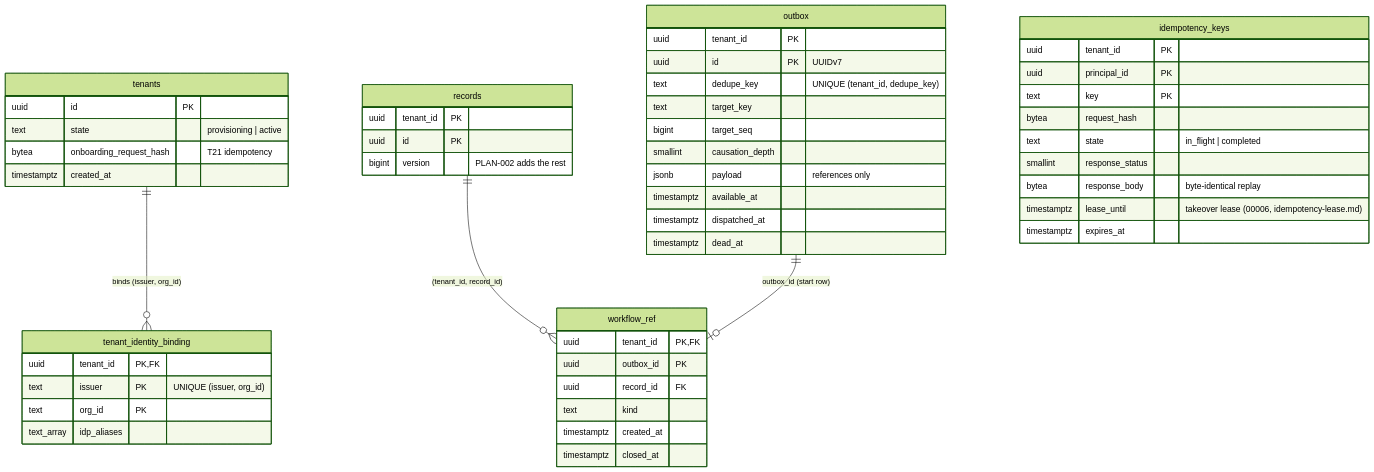
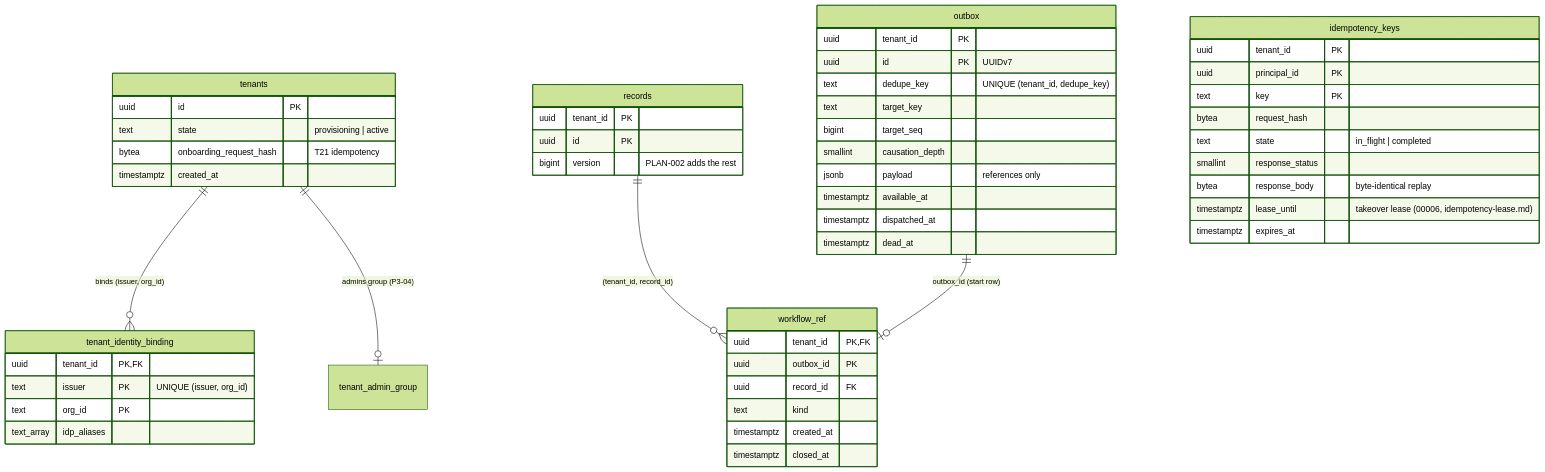
The diagram in docs/data/platform-tables.md (Navaladi2019/TicketingSystem), drawn with Mermaid (forest theme) before and after one commit. The commit also changed other lines of this file and 18 other files, not shown here.

Commit message:
P3-04: tenant_admin_group, onboarding records admins group, authz.RequireTenantAdmin(Tx)

````diff
--- a/docs/data/platform-tables.md
+++ b/docs/data/platform-tables.md
@@ -9,55 +9,56 @@
 ```mermaid
 erDiagram
     tenants ||--o{ tenant_identity_binding : "binds (issuer, org_id)"
+    tenants ||--o| tenant_admin_group : "admins group (P3-04)"
     records ||--o{ workflow_ref : "(tenant_id, record_id)"
     outbox ||--o| workflow_ref : "outbox_id (start row)"
 
     tenants {
         uuid id PK
         text state "provisioning | active"
         bytea onboarding_request_hash "T21 idempotency"
         timestamptz created_at
     }
     tenant_identity_binding {
         uuid tenant_id PK,FK
         text issuer PK "UNIQUE (issuer, org_id)"
         text org_id PK
         text_array idp_aliases
     }
     records {
         uuid tenant_id PK
         uuid id PK
         bigint version "PLAN-002 adds the rest"
     }
     outbox {
         uuid tenant_id PK
         uuid id PK "UUIDv7"
         text dedupe_key "UNIQUE (tenant_id, dedupe_key)"
         text target_key
         bigint target_seq
         smallint causation_depth
         jsonb payload "references only"
         timestamptz available_at
         timestamptz dispatched_at
         timestamptz dead_at
     }
     workflow_ref {
         uuid tenant_id PK,FK
         uuid outbox_id PK
         uuid record_id FK
         text kind
         timestamptz created_at
         timestamptz closed_at
     }
     idempotency_keys {
         uuid tenant_id PK
         uuid principal_id PK
         text key PK
         bytea request_hash
         text state "in_flight | completed"
         smallint response_status
         bytea response_body "byte-identical replay"
         timestamptz lease_until "takeover lease (00006, idempotency-lease.md)"
         timestamptz expires_at
     }
 ```
````
